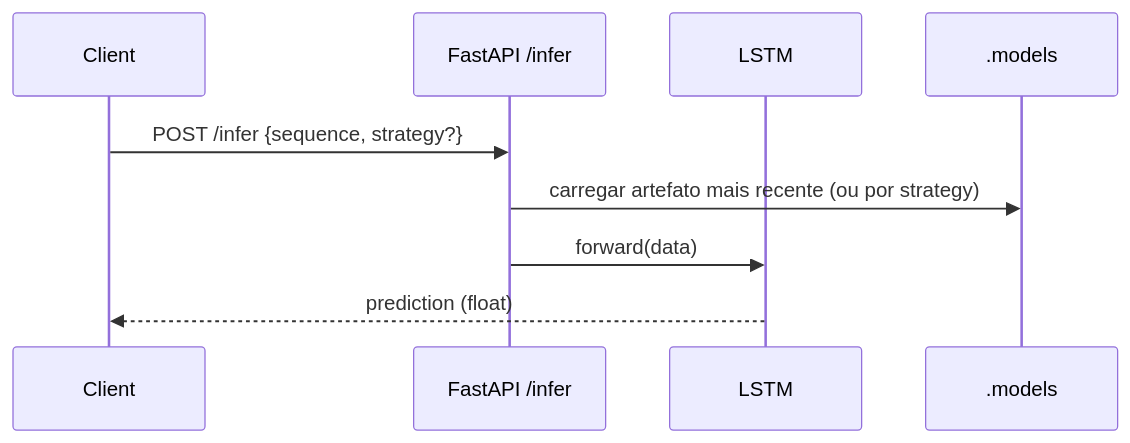
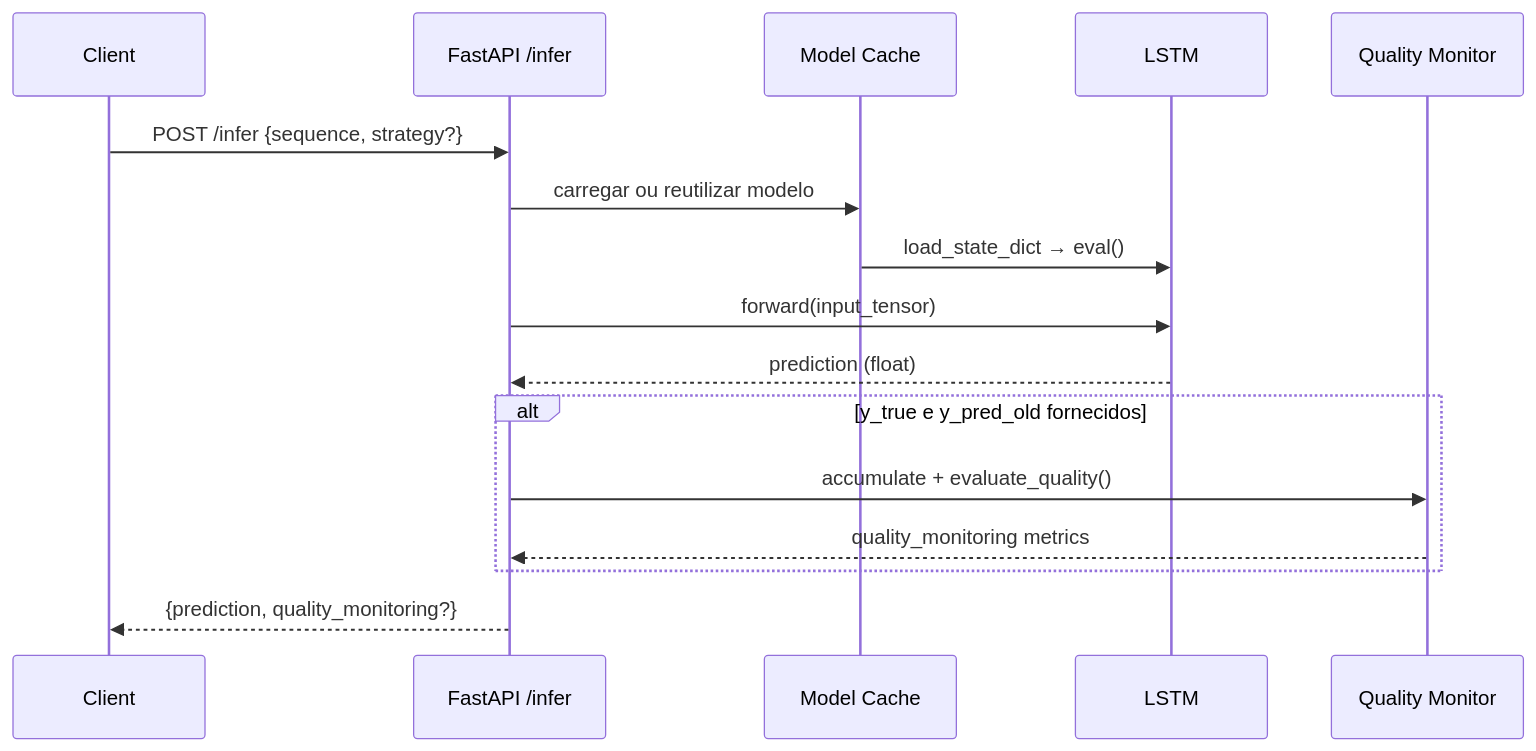
One commit to FIAP/Pos_Tech_MLET changed the fourth of 7 diagrams in productization/README.md. Above: the diagram before and after it, drawn with Mermaid. The commit also changed other lines of this file and 11 other files, not shown here.

````diff
--- a/productization/README.md
+++ b/productization/README.md
@@ -89,12 +261,21 @@
 ```mermaid
 sequenceDiagram
-	participant Client
-	participant API as FastAPI /infer
-	participant Model as LSTM
-	participant Store as .models
+    participant Client
+    participant API as FastAPI /infer
+    participant Cache as Model Cache
+    participant Model as LSTM
+    participant QM as Quality Monitor
 
-	Client->>API: POST /infer {sequence, strategy?}
-	API->>Store: carregar artefato mais recente (ou por strategy)
-	API->>Model: forward(data)
-	Model-->>Client: prediction (float)
+    Client->>API: POST /infer {sequence, strategy?}
+    API->>Cache: carregar ou reutilizar modelo
+    Cache->>Model: load_state_dict → eval()
+    API->>Model: forward(input_tensor)
+    Model-->>API: prediction (float)
+
+    alt y_true e y_pred_old fornecidos
+        API->>QM: accumulate + evaluate_quality()
+        QM-->>API: quality_monitoring metrics
+    end
+
+    API-->>Client: {prediction, quality_monitoring?}
 ```
````
